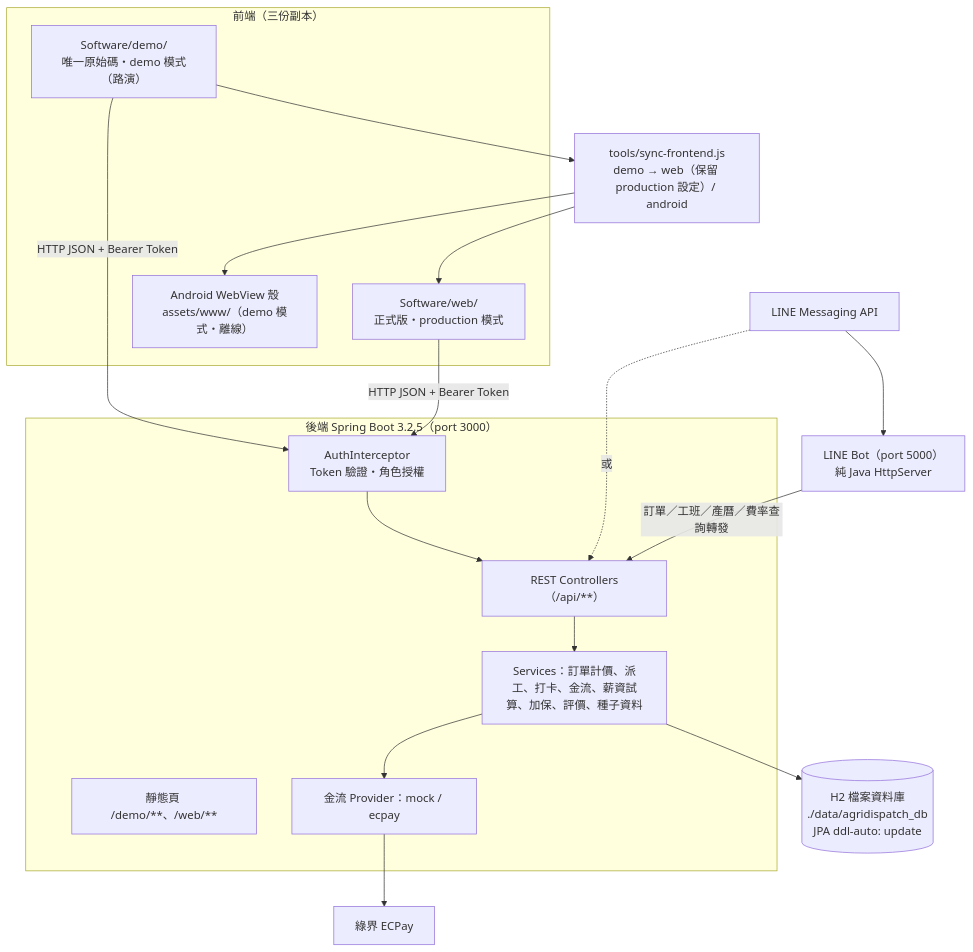
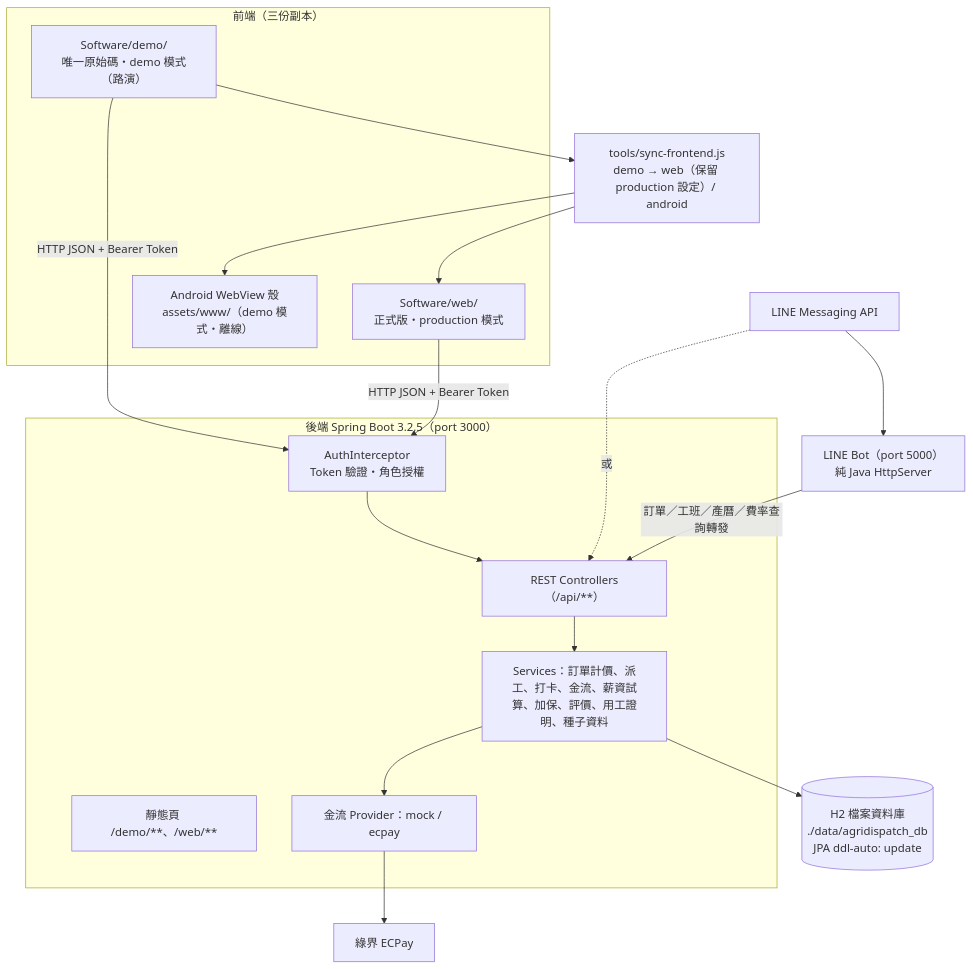
The fifth of 5 diagrams in 07_系統分析及文件/01_系統分析與架構設計規格書.md (xx8888x/agridispatch), drawn with Mermaid before and after one commit. The commit also changed other lines of this file and 4 other files, not shown here.

````diff
--- a/07_系統分析及文件/01_系統分析與架構設計規格書.md
+++ b/07_系統分析及文件/01_系統分析與架構設計規格書.md
@@ -201,28 +209,28 @@
 ```mermaid
 flowchart TB
     subgraph Client ["前端（三份副本）"]
         Demo["Software/demo/<br/>唯一原始碼・demo 模式（路演）"]
         Web["Software/web/<br/>正式版・production 模式"]
         Apk["Android WebView 殼<br/>assets/www/（demo 模式・離線）"]
     end
     Sync["tools/sync-frontend.js<br/>demo → web（保留 production 設定）/ android"]
     Demo --> Sync --> Web & Apk
 
     subgraph Backend ["後端 Spring Boot 3.2.5（port 3000）"]
         Static["靜態頁 /demo/**、/web/**"]
         Interceptor["AuthInterceptor<br/>Token 驗證・角色授權"]
         Controllers["REST Controllers（/api/**）"]
-        Services["Services：訂單計價、派工、打卡、金流、薪資試算、加保、評價、種子資料"]
+        Services["Services：訂單計價、派工、打卡、金流、薪資試算、加保、評價、用工證明、種子資料"]
         Payment["金流 Provider：mock / ecpay"]
     end
     DB[("H2 檔案資料庫<br/>./data/agridispatch_db<br/>JPA ddl-auto: update")]
     LineBot["LINE Bot（port 5000）<br/>純 Java HttpServer"]
     LINE["LINE Messaging API"]
     ECPay["綠界 ECPay"]
 
     Web & Demo -->|HTTP JSON + Bearer Token| Interceptor --> Controllers --> Services --> DB
     Services --> Payment --> ECPay
     LINE --> LineBot
     LineBot -->|訂單／工班／產曆／費率查詢轉發| Controllers
     LINE -.->|或| Controllers
 ```
````
